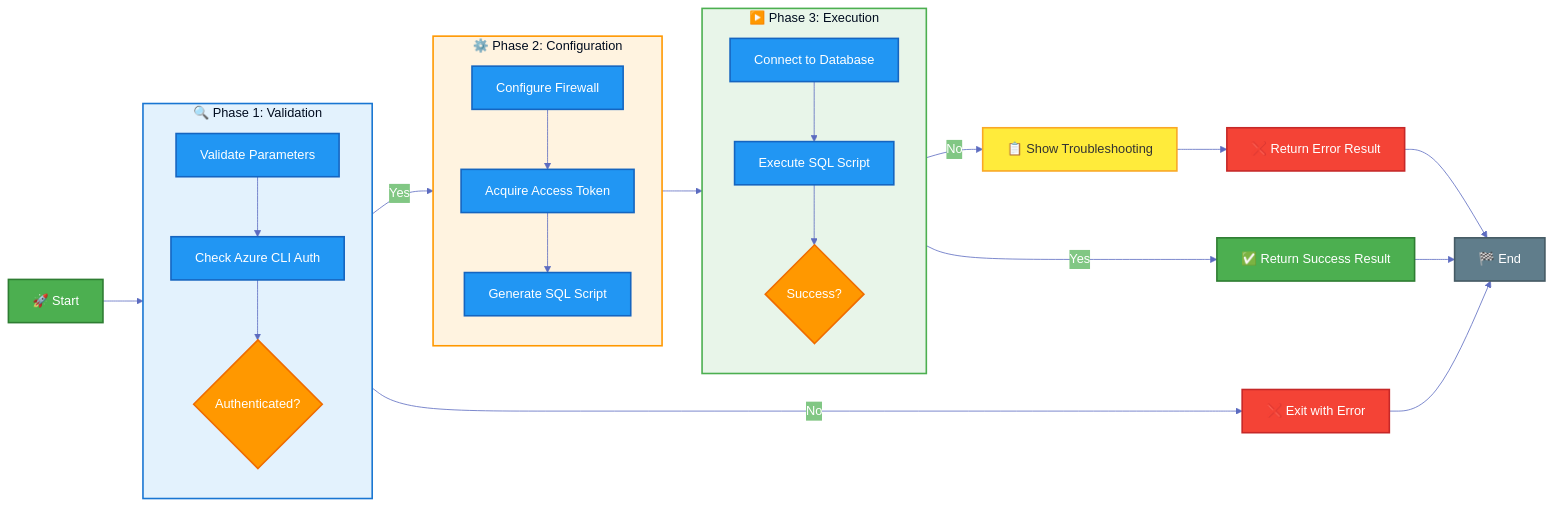
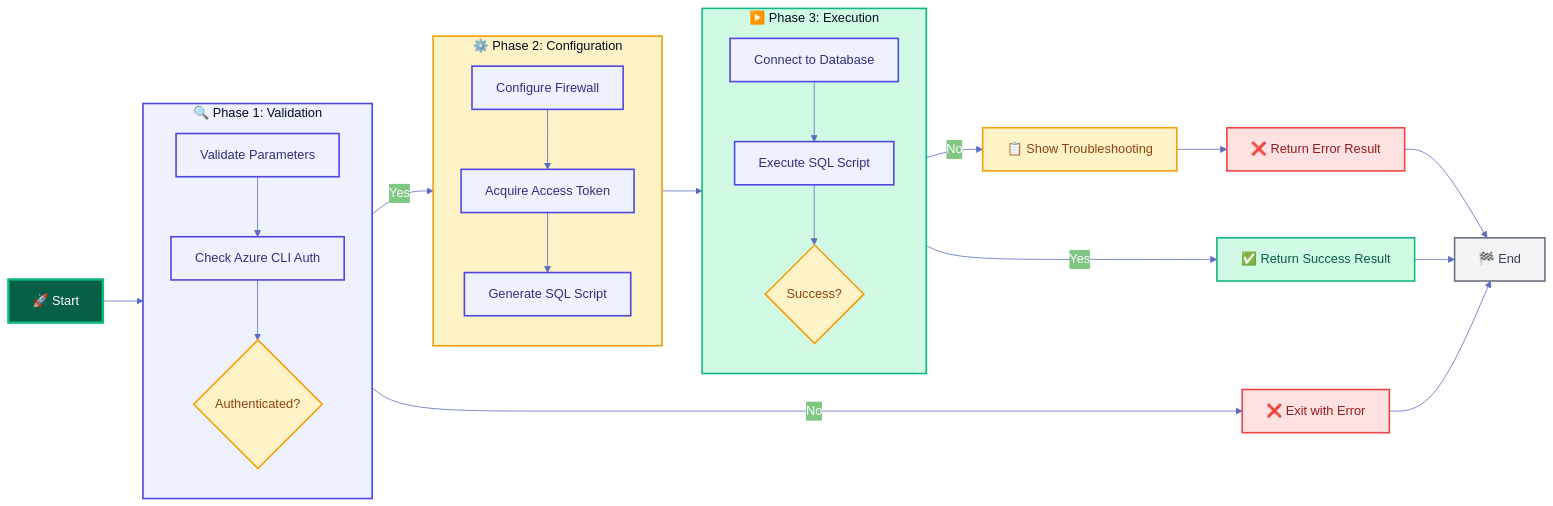
One commit to Evilazaro/Azure-LogicApps-Monitoring changed the diagram in docs/hooks/sql-managed-identity-config.md. Above: the diagram before and after it, drawn with Mermaid. The commit also changed 11 other files, not shown here.

Commit message:
feat(docs): Update diagrams with modern color palette for improved accessibility and clarity

````diff
--- a/docs/hooks/sql-managed-identity-config.md
+++ b/docs/hooks/sql-managed-identity-config.md
@@ -198,69 +198,69 @@
 ```mermaid
 %%{init: {'theme': 'base', 'themeVariables': { 'primaryColor': '#4285f4', 'primaryTextColor': '#fff', 'primaryBorderColor': '#2d6ecf', 'lineColor': '#5c6bc0', 'secondaryColor': '#81c784', 'tertiaryColor': '#fff3e0'}}}%%
 flowchart LR
     %% Start node
     A["🚀 Start"]:::startNode
 
     %% Validation Phase
     subgraph validation["🔍 Phase 1: Validation"]
         direction TB
         B["Validate Parameters"]:::processNode
         C["Check Azure CLI Auth"]:::processNode
         D{"Authenticated?"}:::decisionNode
     end
 
     %% Configuration Phase
     subgraph config["⚙️ Phase 2: Configuration"]
         direction TB
         F["Configure Firewall"]:::processNode
         G["Acquire Access Token"]:::processNode
         H["Generate SQL Script"]:::processNode
     end
 
     %% Execution Phase
     subgraph execution["▶️ Phase 3: Execution"]
         direction TB
         I["Connect to Database"]:::processNode
         J["Execute SQL Script"]:::processNode
         K{"Success?"}:::decisionNode
     end
 
     %% Result Nodes
     E["❌ Exit with Error"]:::errorNode
     L["📋 Show Troubleshooting"]:::warningNode
     M["❌ Return Error Result"]:::errorNode
     N["✅ Return Success Result"]:::successNode
     O["🏁 End"]:::endNode
 
     %% Flow connections
     A --> validation
     B --> C
     C --> D
     D -->|No| E
     D -->|Yes| config
     F --> G
     G --> H
     H --> execution
     I --> J
     J --> K
     K -->|No| L
     L --> M
     K -->|Yes| N
     M --> O
     N --> O
     E --> O
 
     %% Styling classes
-    classDef startNode fill:#4caf50,stroke:#2e7d32,stroke-width:2px,color:#fff
-    classDef endNode fill:#607d8b,stroke:#455a64,stroke-width:2px,color:#fff
-    classDef processNode fill:#2196f3,stroke:#1565c0,stroke-width:2px,color:#fff
-    classDef decisionNode fill:#ff9800,stroke:#ef6c00,stroke-width:2px,color:#fff
-    classDef errorNode fill:#f44336,stroke:#c62828,stroke-width:2px,color:#fff
-    classDef successNode fill:#4caf50,stroke:#2e7d32,stroke-width:2px,color:#fff
-    classDef warningNode fill:#ffeb3b,stroke:#f9a825,stroke-width:2px,color:#333
+    classDef startNode fill:#065F46,stroke:#10B981,stroke-width:3px,color:#fff
+    classDef endNode fill:#F3F4F6,stroke:#6B7280,stroke-width:2px,color:#374151
+    classDef processNode fill:#EEF2FF,stroke:#4F46E5,stroke-width:2px,color:#312E81
+    classDef decisionNode fill:#FEF3C7,stroke:#F59E0B,stroke-width:2px,color:#92400E
+    classDef errorNode fill:#FEE2E2,stroke:#EF4444,stroke-width:2px,color:#991B1B
+    classDef successNode fill:#D1FAE5,stroke:#10B981,stroke-width:2px,color:#065F46
+    classDef warningNode fill:#FEF3C7,stroke:#F59E0B,stroke-width:2px,color:#92400E
 
     %% Subgraph styling
-    style validation fill:#e3f2fd,stroke:#1976d2,stroke-width:2px
-    style config fill:#fff3e0,stroke:#ff9800,stroke-width:2px
-    style execution fill:#e8f5e9,stroke:#4caf50,stroke-width:2px
+    style validation fill:#EEF2FF,stroke:#4F46E5,stroke-width:2px
+    style config fill:#FEF3C7,stroke:#F59E0B,stroke-width:2px
+    style execution fill:#D1FAE5,stroke:#10B981,stroke-width:2px
 ```
````
